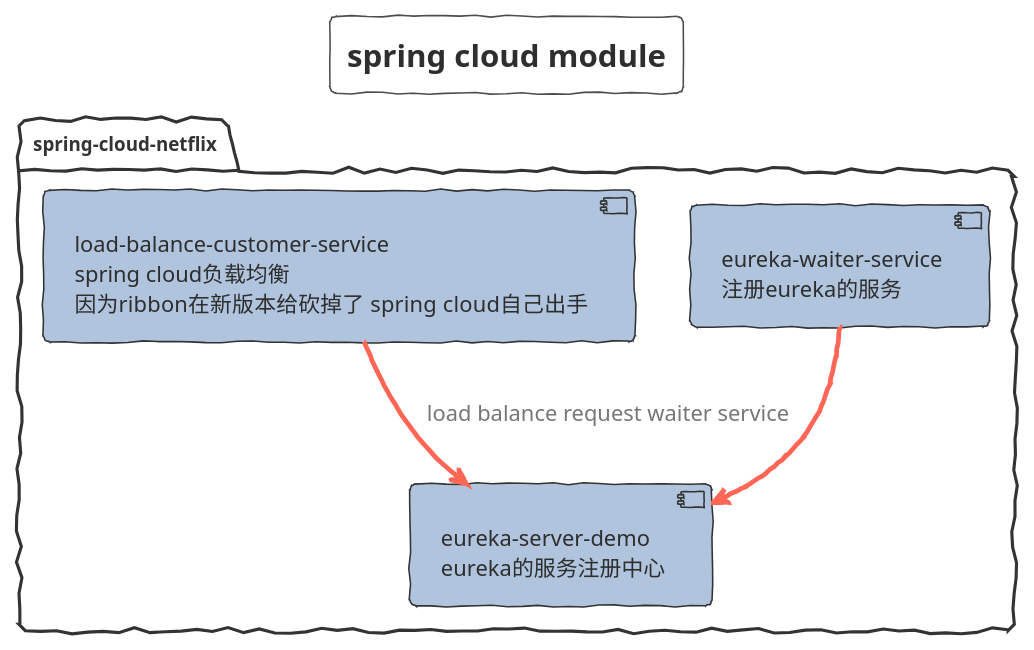
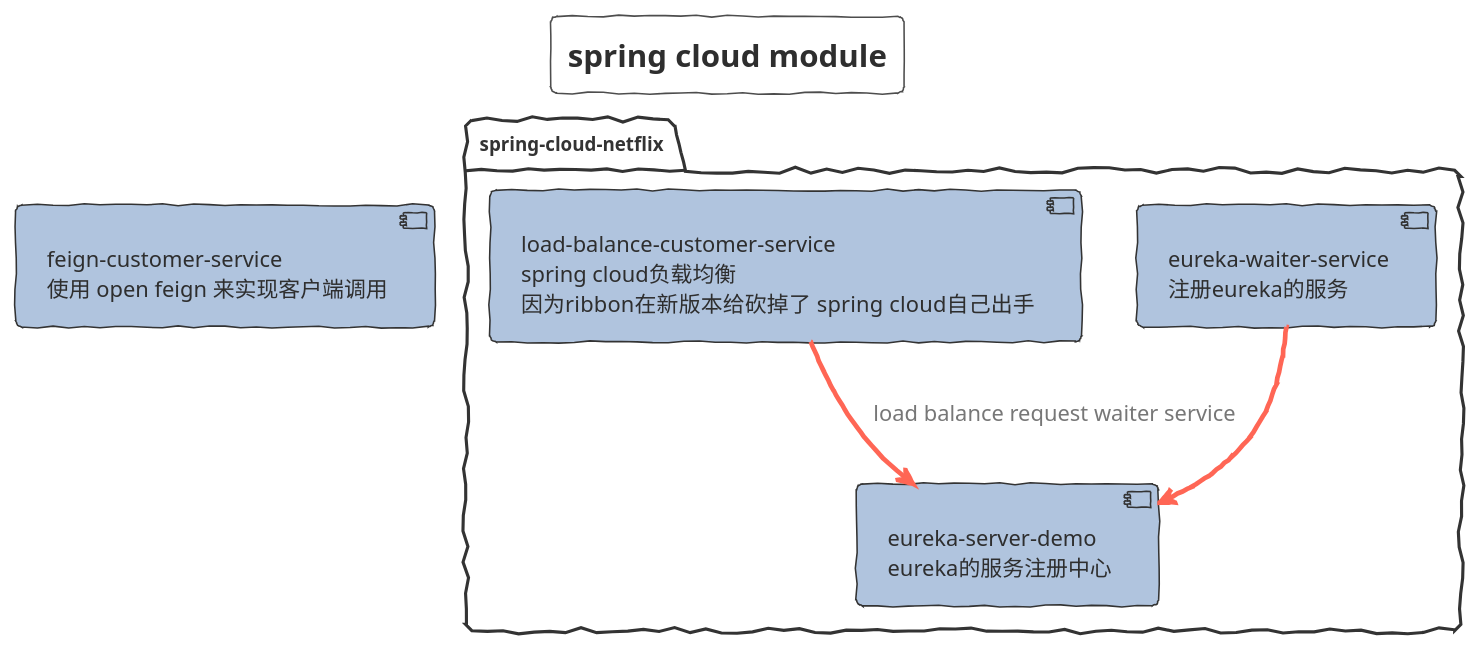
The diagram in spring-cloud-study/Module.puml (FantasybabyChange/springStudyProject), drawn with PlantUML before and after one commit. The commit also changed 18 other files, not shown here.

Commit message:
add feign customer

```diff
--- a/spring-cloud-study/Module.puml
+++ b/spring-cloud-study/Module.puml
@@ -1,31 +1,35 @@
 @startuml SPRING_CLOUD_STUDY_MODULE
 !theme sketchy-outline
 title spring cloud module
 skinparam interface {
 }
 skinparam component {
    backgroundColor LightSteelBlue
    FontSize 14
    ArrowFontSize 14
    ArrowFontColor #777777
    ArrowColor #FF6655
 }
 package "spring-cloud-netflix"{
    component esd[
    eureka-server-demo
    eureka的服务注册中心
    ]
 
    component ews[
    eureka-waiter-service
    注册eureka的服务
    ]
    component lbcs[
    load-balance-customer-service
    spring cloud负载均衡
    因为ribbon在新版本给砍掉了  spring cloud自己出手
    ]
    ews --> esd
-lbcs --> esd:load balance request waiter service
+   lbcs --> esd:load balance request waiter service
 }
+component fcs[
+   feign-customer-service
+   使用 open feign 来实现客户端调用
+]
 @enduml
```
